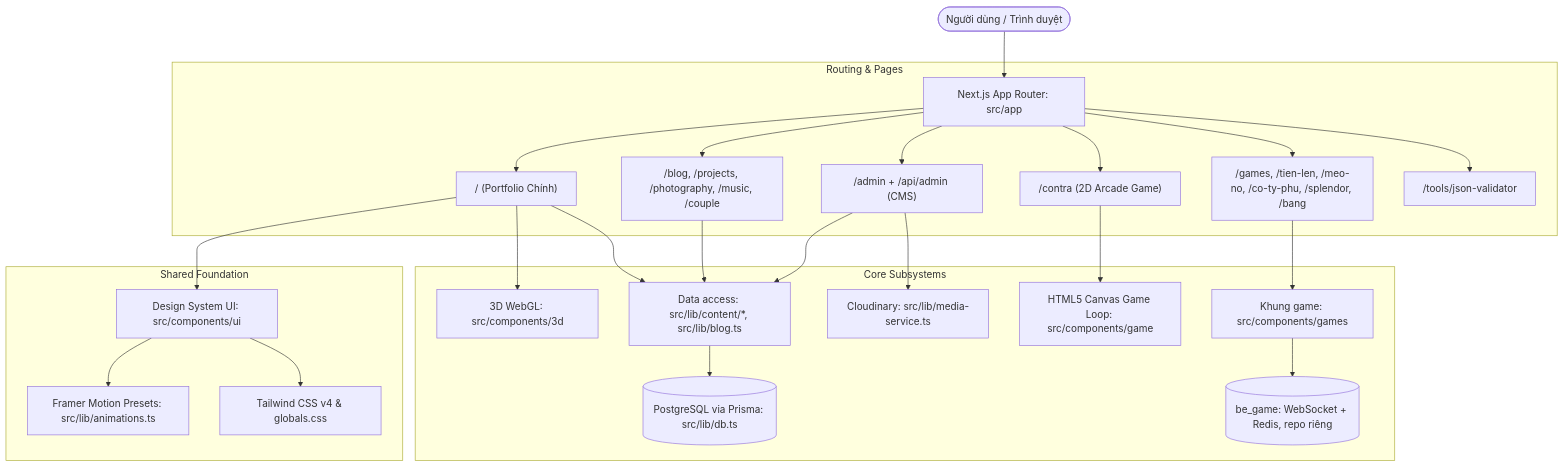
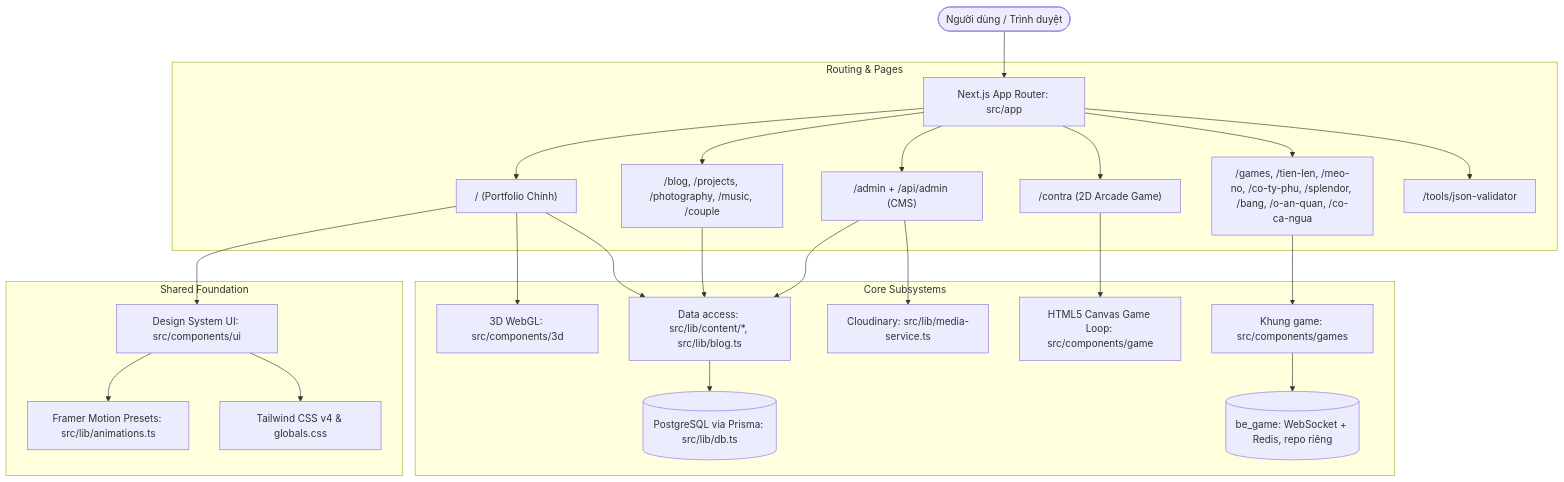
The first of 2 diagrams in docs/ARCHITECTURE.md (ThachHuynhIT/portfolio), drawn with Mermaid before and after one commit. The commit also changed other lines of this file and 23 other files, not shown here.

````diff
--- a/docs/ARCHITECTURE.md
+++ b/docs/ARCHITECTURE.md
@@ -11,31 +11,31 @@
 ```mermaid
 graph TD
     User([Người dùng / Trình duyệt]) --> AppRouter[Next.js App Router: src/app]
 
     subgraph "Routing & Pages"
         AppRouter --> HomeRoute["/ (Portfolio Chính)"]
         AppRouter --> ContentRoutes["/blog, /projects, /photography, /music, /couple"]
         AppRouter --> AdminRoute["/admin + /api/admin (CMS)"]
         AppRouter --> ContraRoute["/contra (2D Arcade Game)"]
-        AppRouter --> GamesRoute["/games, /tien-len, /meo-no, /co-ty-phu, /splendor, /bang"]
+        AppRouter --> GamesRoute["/games, /tien-len, /meo-no, /co-ty-phu, /splendor, /bang, /o-an-quan, /co-ca-ngua"]
         AppRouter --> ToolRoute["/tools/json-validator"]
     end
 
     subgraph "Core Subsystems"
         HomeRoute --> ThreeEngine[3D WebGL: src/components/3d]
         HomeRoute --> ContentLib[Data access: src/lib/content/*, src/lib/blog.ts]
         ContentRoutes --> ContentLib
         AdminRoute --> ContentLib
         ContentLib --> DB[(PostgreSQL via Prisma: src/lib/db.ts)]
         AdminRoute --> Media[Cloudinary: src/lib/media-service.ts]
         ContraRoute --> CanvasEngine[HTML5 Canvas Game Loop: src/components/game]
         GamesRoute --> GamesShell[Khung game: src/components/games]
         GamesShell --> BeGame[(be_game: WebSocket + Redis, repo riêng)]
     end
 
     subgraph "Shared Foundation"
         HomeRoute --> UIComp[Design System UI: src/components/ui]
         UIComp --> AnimLib[Framer Motion Presets: src/lib/animations.ts]
         UIComp --> Styling[Tailwind CSS v4 & globals.css]
     end
 ```
````
